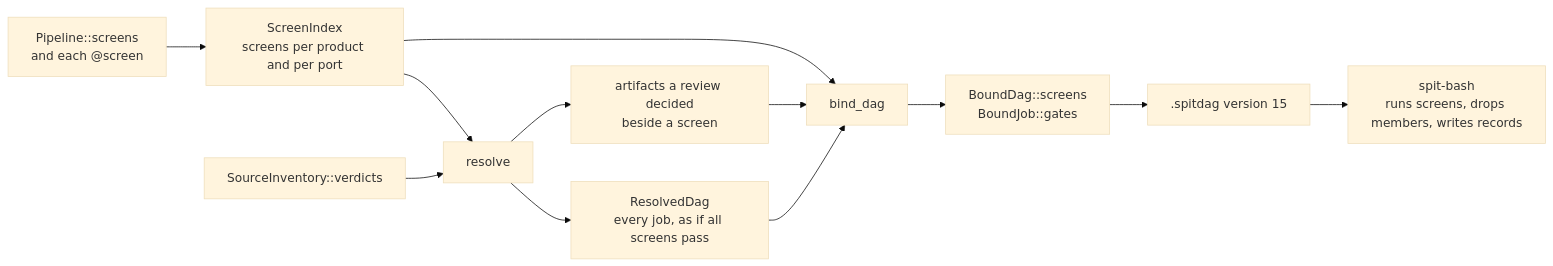
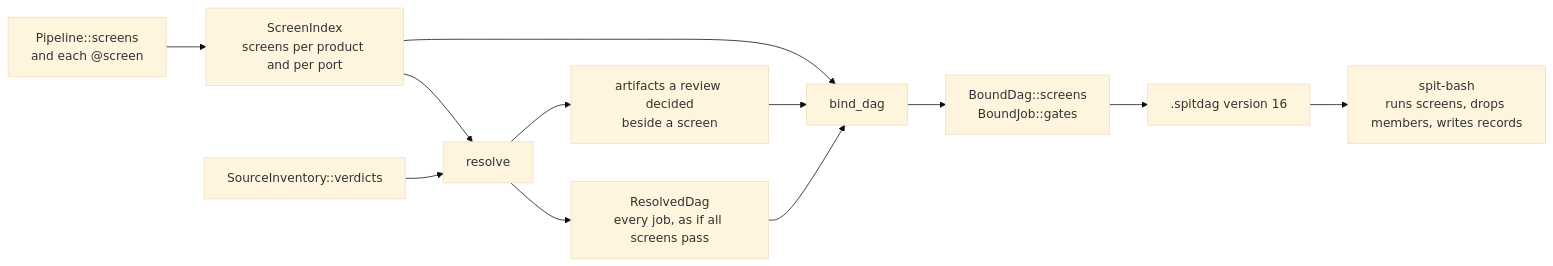
Before and after one commit to eclnz/spit: the second of 2 diagrams in screens-and-reviews-203-plan.md, drawn with Mermaid (base theme). The commit also changed other lines of this file, not shown here.

First line of the commit message:
Settle the screens plan's open decisions, and give screens .spitdag version 16

````diff
--- a/screens-and-reviews-203-plan.md
+++ b/screens-and-reviews-203-plan.md
@@ -189,14 +187,14 @@
 ```mermaid
 flowchart LR
     pipeline["Pipeline::screens<br/>and each @screen"] --> index["ScreenIndex<br/>screens per product and per port"]
     verdicts["SourceInventory::verdicts"] --> resolve["resolve"]
     index --> resolve
     resolve --> dag["ResolvedDag<br/>every job, as if all screens pass"]
     resolve --> decided["artifacts a review decided<br/>beside a screen"]
     dag --> bind["bind_dag"]
     index --> bind
     decided --> bind
     bind --> bound["BoundDag::screens<br/>BoundJob::gates"]
-    bound --> write[".spitdag version 15"]
+    bound --> write[".spitdag version 16"]
     write --> runner["spit-bash<br/>runs screens, drops members, writes records"]
 ```
````
